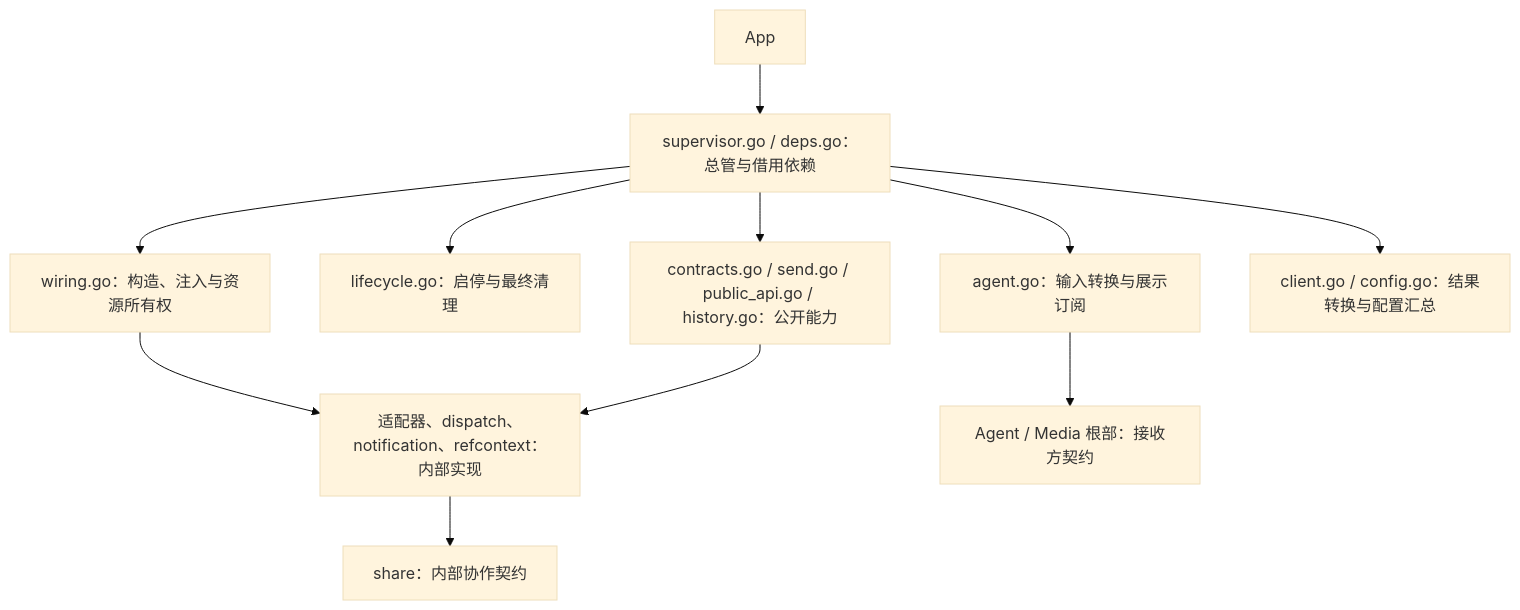
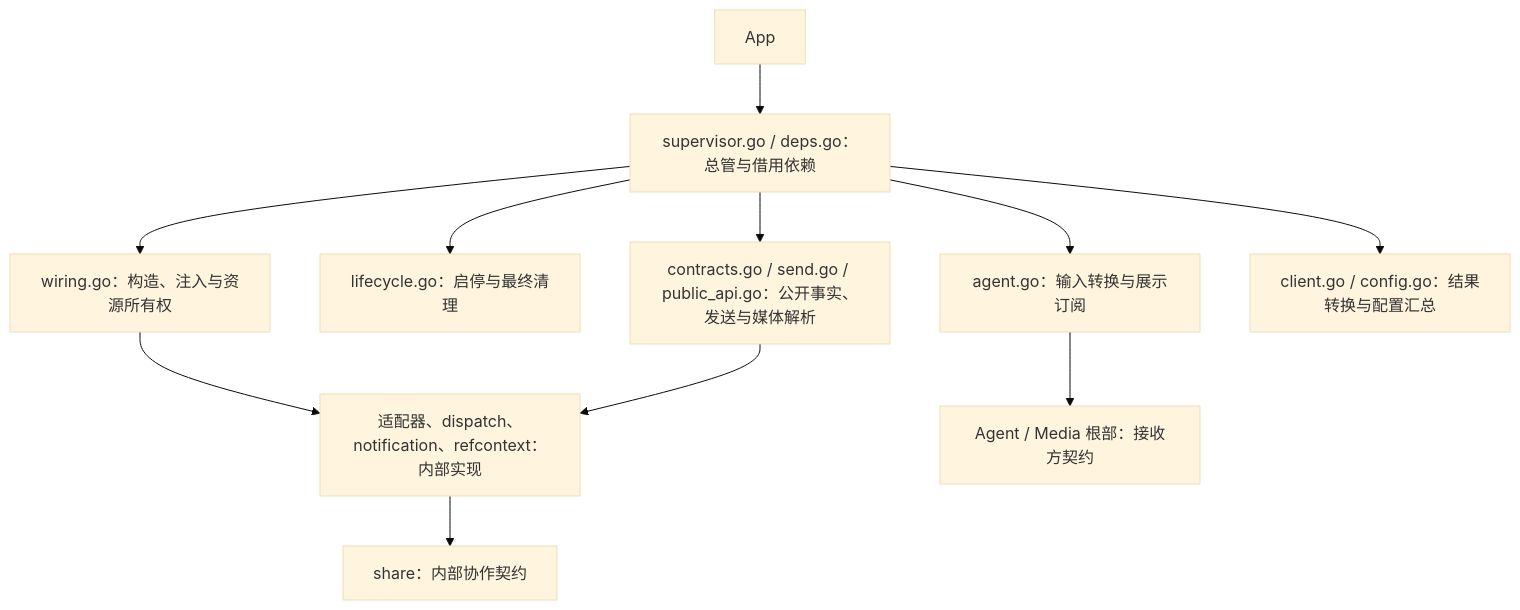
The second of 2 diagrams in devdocs/app-design.md (Elflare/elbot), drawn with Mermaid (base theme) before and after one commit. The commit also changed other lines of this file and 107 other files, not shown here.

````diff
--- a/devdocs/app-design.md
+++ b/devdocs/app-design.md
@@ -161,13 +164,13 @@
 ```mermaid
 flowchart TD
     App --> S["supervisor.go / deps.go：总管与借用依赖"]
     S --> W["wiring.go：构造、注入与资源所有权"]
     S --> L["lifecycle.go：启停与最终清理"]
     S --> A["agent.go：输入转换与展示订阅"]
-    S --> P["contracts.go / send.go / public_api.go / history.go：公开能力"]
+    S --> P["contracts.go / send.go / public_api.go：公开事实、发送与媒体解析"]
     S --> C["client.go / config.go：结果转换与配置汇总"]
     W --> I["适配器、dispatch、notification、refcontext：内部实现"]
     P --> I
     I --> Share["share：内部协作契约"]
     A --> Provider["Agent / Media 根部：接收方契约"]
 ```
````
